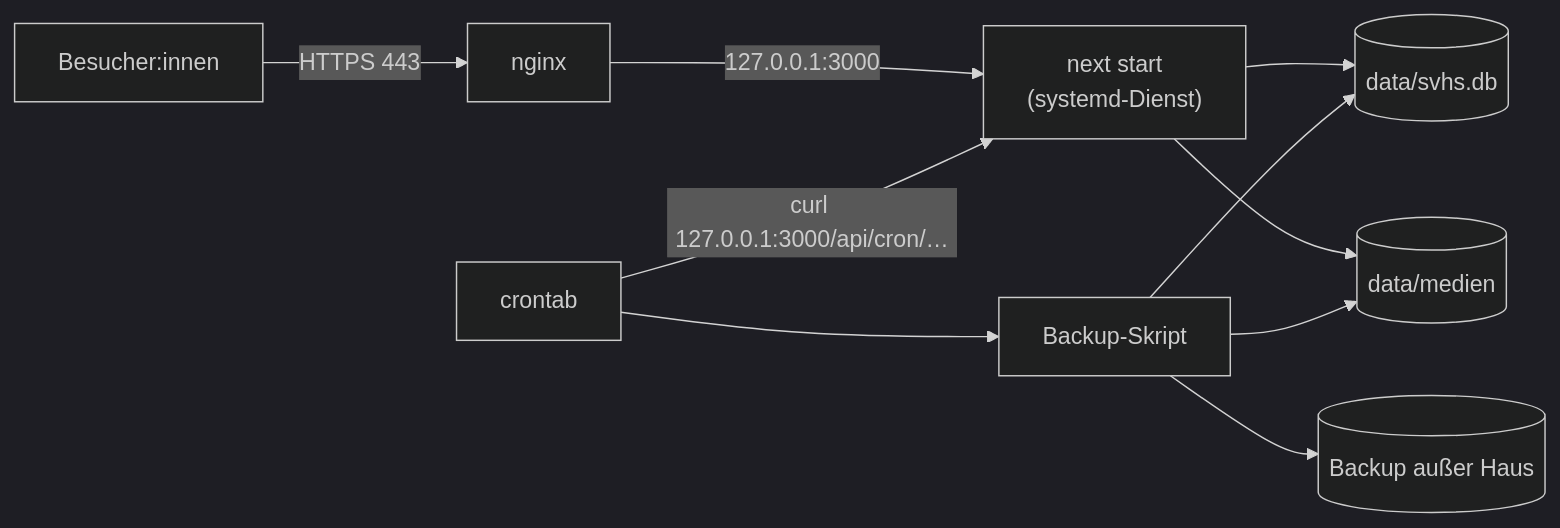
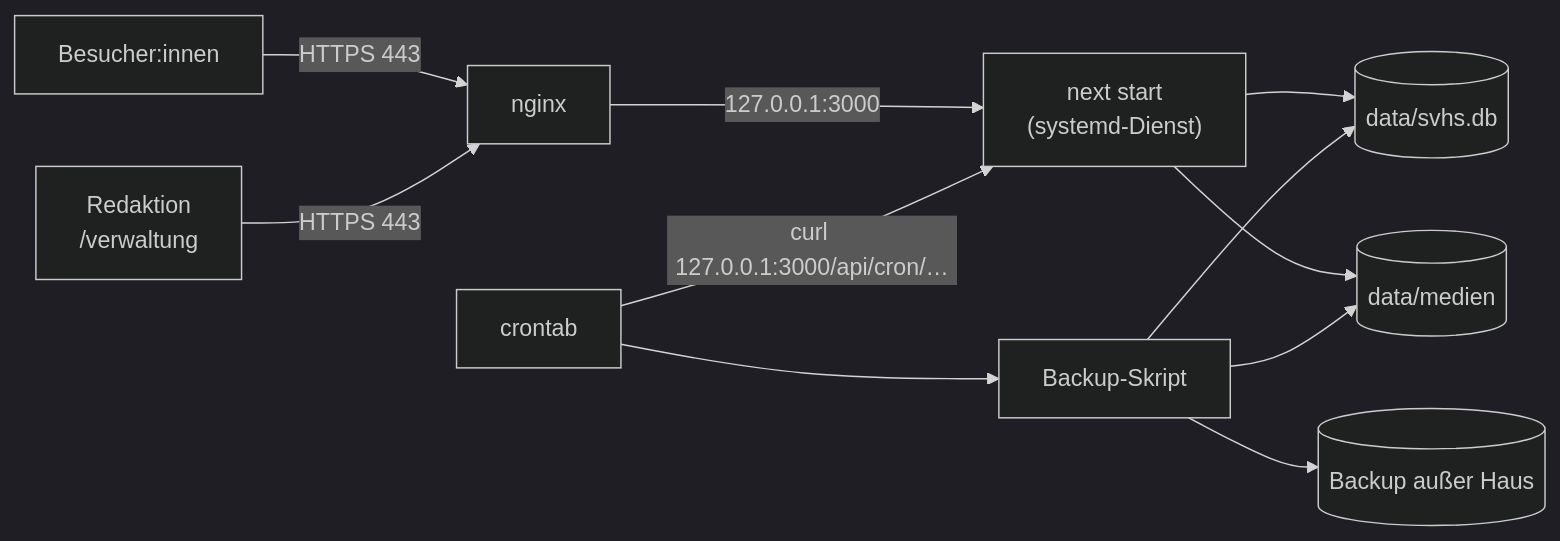
The diagram in OPERATIONS.md (Jarinski/svhose), drawn with Mermaid (dark theme) before and after one commit. The commit also changed other lines of this file and 123 other files, not shown here.

````diff
--- a/OPERATIONS.md
+++ b/OPERATIONS.md
@@ -30,12 +32,13 @@
 ```mermaid
 flowchart LR
   B["Besucher:innen"] -->|"HTTPS 443"| N["nginx"]
+  R["Redaktion<br/>/verwaltung"] -->|"HTTPS 443"| N
   N -->|"127.0.0.1:3000"| A["next start<br/>(systemd-Dienst)"]
   A --> DB[("data/svhs.db")]
   A --> M[("data/medien")]
   C["crontab"] -->|"curl 127.0.0.1:3000/api/cron/…"| A
   C --> BK["Backup-Skript"]
   BK --> DB
   BK --> M
   BK --> EXT[("Backup außer Haus")]
 ```
````
